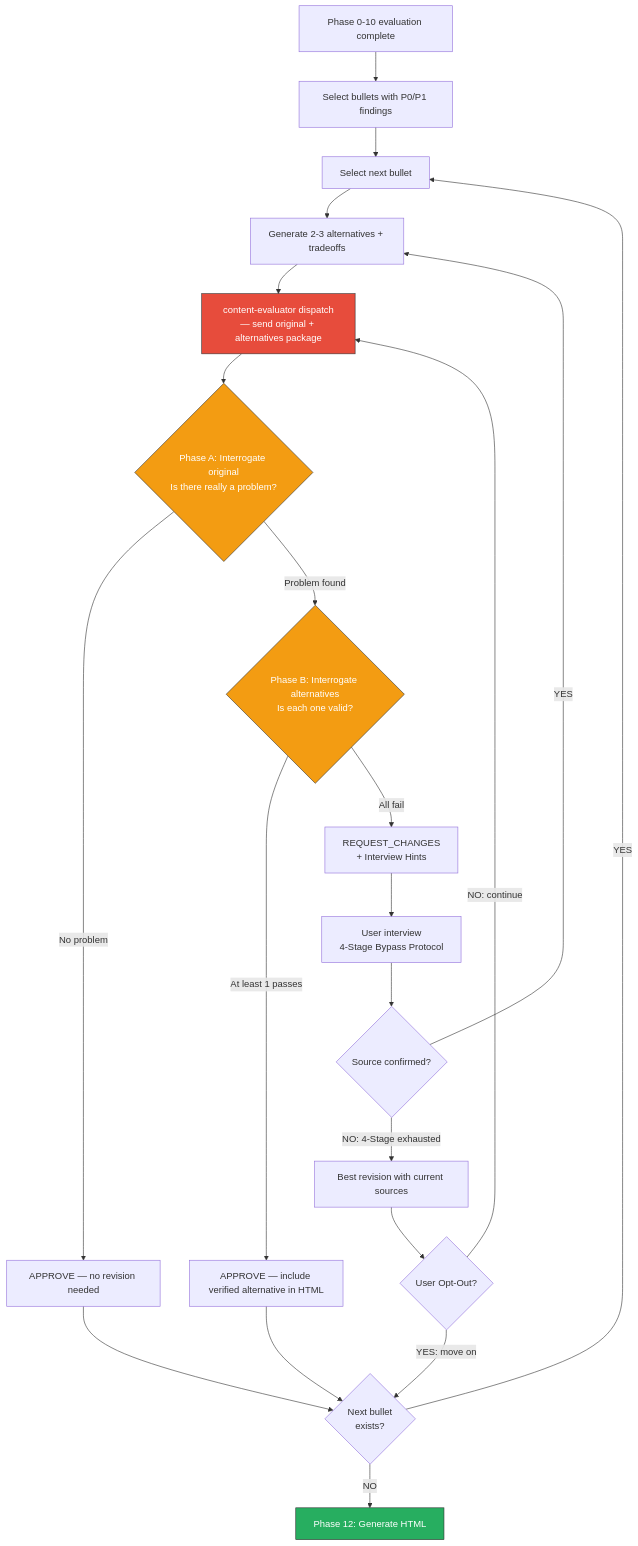
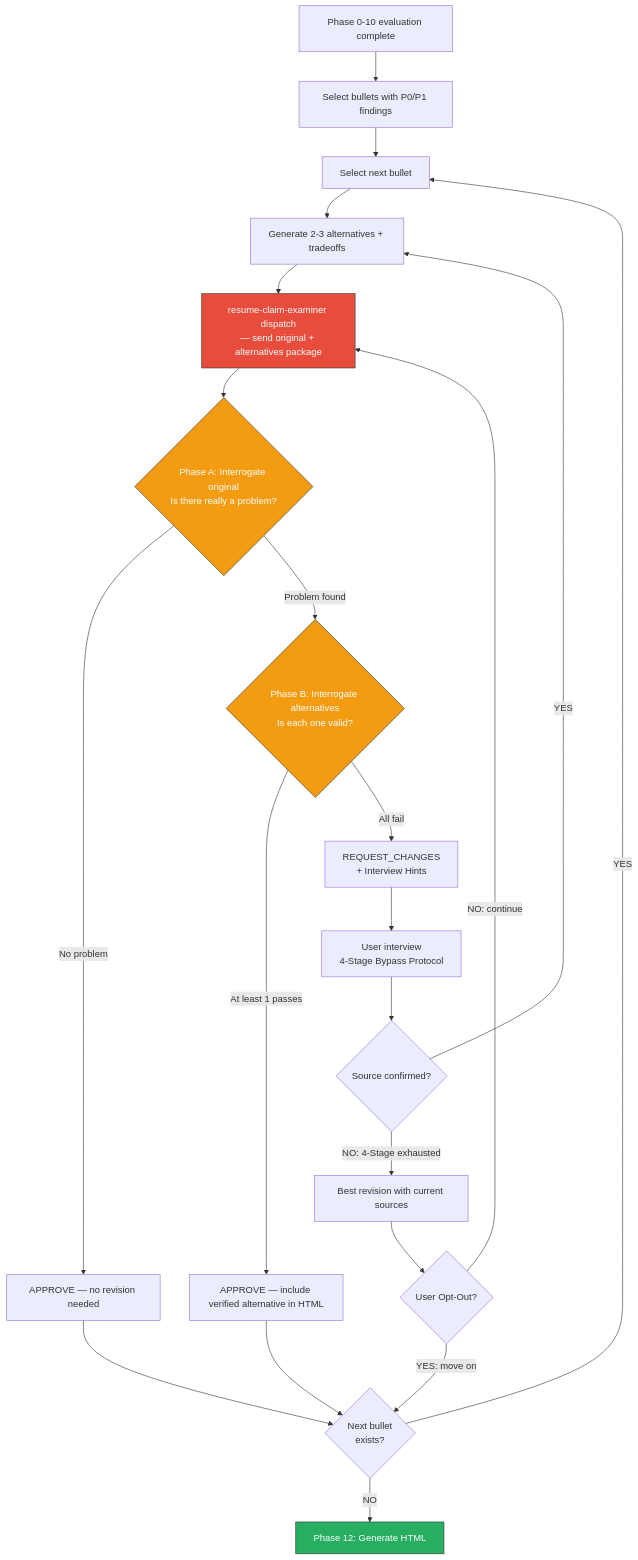
Before and after one commit to toongri/oh-my-toong-playground: the diagram in skills/review-resume/references/content-quality-gate.md, drawn with Mermaid. The commit also changed other lines of this file and 5 other files, not shown here.

Commit message:
refactor: resume-claim-examiner 리네이밍

````diff
--- a/skills/review-resume/references/content-quality-gate.md
+++ b/skills/review-resume/references/content-quality-gate.md
@@ -263,33 +263,33 @@
 ```mermaid
 flowchart TB
     A[Phase 0-10 evaluation complete] --> B[Select bullets with P0/P1 findings]
     B --> C[Select next bullet]
     C --> D[Generate 2-3 alternatives + tradeoffs]
-    D --> H[content-evaluator dispatch\n— send original + alternatives package]
+    D --> H[resume-claim-examiner dispatch\n— send original + alternatives package]
 
     H --> DIAG{Phase A: Interrogate original\nIs there really a problem?}
     DIAG -->|No problem| APPROVE_ORIG[APPROVE — no revision needed]
     DIAG -->|Problem found| ALTEVAL{Phase B: Interrogate alternatives\nIs each one valid?}
 
     ALTEVAL -->|At least 1 passes| APPROVE_ALT[APPROVE — include verified alternative in HTML]
     ALTEVAL -->|All fail| K[REQUEST_CHANGES\n+ Interview Hints]
 
     K --> L[User interview\n4-Stage Bypass Protocol]
     L --> M{Source confirmed?}
     M -->|YES| D
     M -->|NO: 4-Stage exhausted| N[Best revision with current sources]
     N --> O{User Opt-Out?}
     O -->|YES: move on| J
     O -->|NO: continue| H
 
     APPROVE_ORIG --> J{Next bullet\nexists?}
     APPROVE_ALT --> J
 
     J -->|YES| C
     J -->|NO| P[Phase 12: Generate HTML]
 
     style H fill:#e74c3c,stroke:#333,color:#fff
     style DIAG fill:#f39c12,stroke:#333,color:#fff
     style ALTEVAL fill:#f39c12,stroke:#333,color:#fff
     style P fill:#27ae60,stroke:#333,color:#fff
 ```
````
